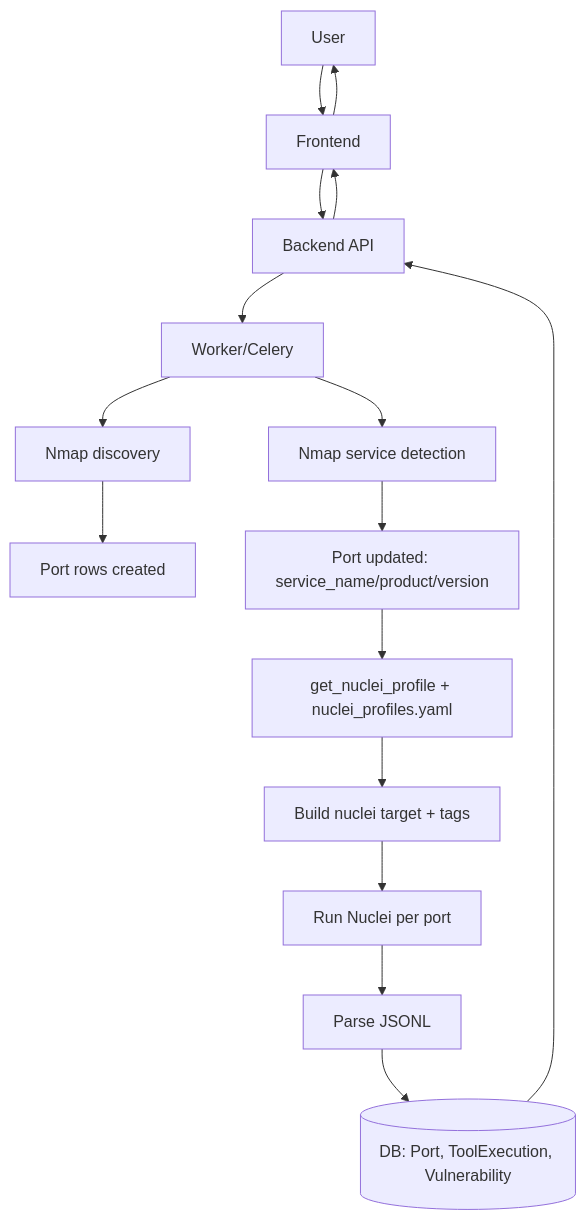
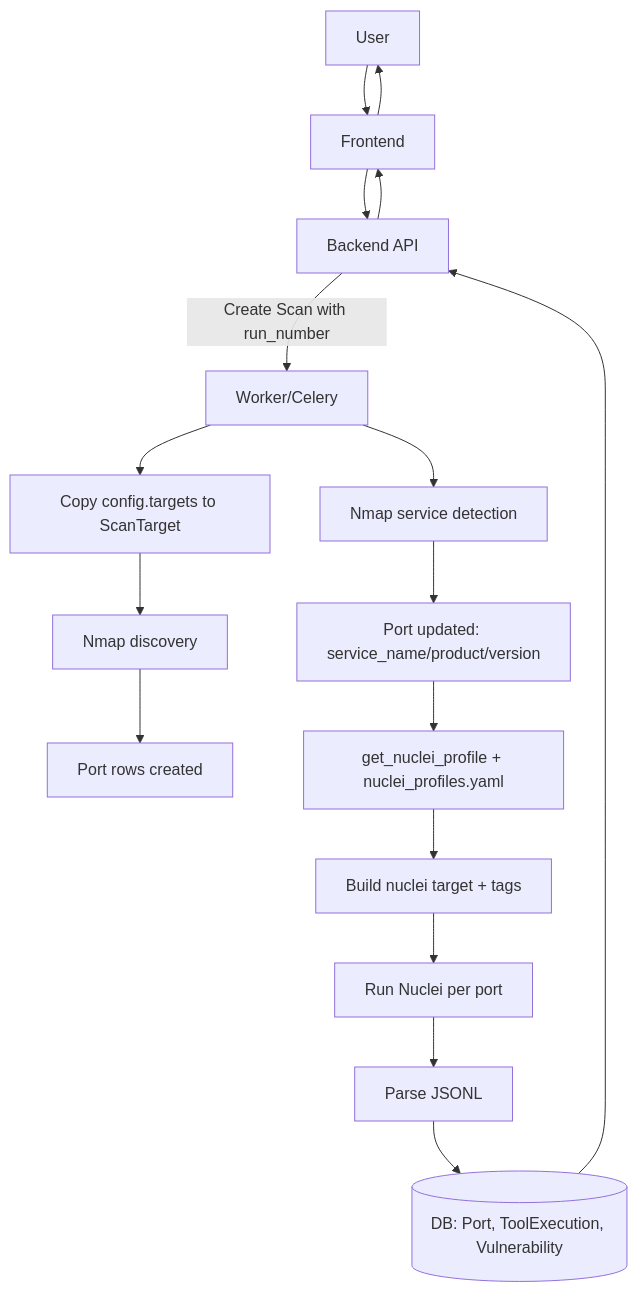
Before and after one commit to RezaAmbler/peek: the diagram in docs/scan-lifecycle.md, drawn with Mermaid. The commit also changed other lines of this file and 6 other files, not shown here.

First line of the commit message:
docs: update documentation for config-centric architecture

````diff
--- a/docs/scan-lifecycle.md
+++ b/docs/scan-lifecycle.md
@@ -36,18 +47,19 @@
 ```mermaid
 %% See mermaid/scan-lifecycle.mmd for the source of truth
 flowchart TD
   U[User] --> FE[Frontend]
   FE --> API[Backend API]
-  API --> W[Worker/Celery]
-  W --> D1[Nmap discovery]
+  API --> |Create Scan with run_number| W[Worker/Celery]
+  W --> T[Copy config.targets to ScanTarget]
+  T --> D1[Nmap discovery]
   D1 --> P1[Port rows created]
   W --> D2[Nmap service detection]
   D2 --> P2[Port updated: service_name/product/version]
   P2 --> SP[get_nuclei_profile + nuclei_profiles.yaml]
   SP --> NQ[Build nuclei target + tags]
   NQ --> NR[Run Nuclei per port]
   NR --> NP[Parse JSONL]
   NP --> DB[(DB: Port, ToolExecution, Vulnerability)]
   DB --> API --> FE
   FE --> U
 ```
````
